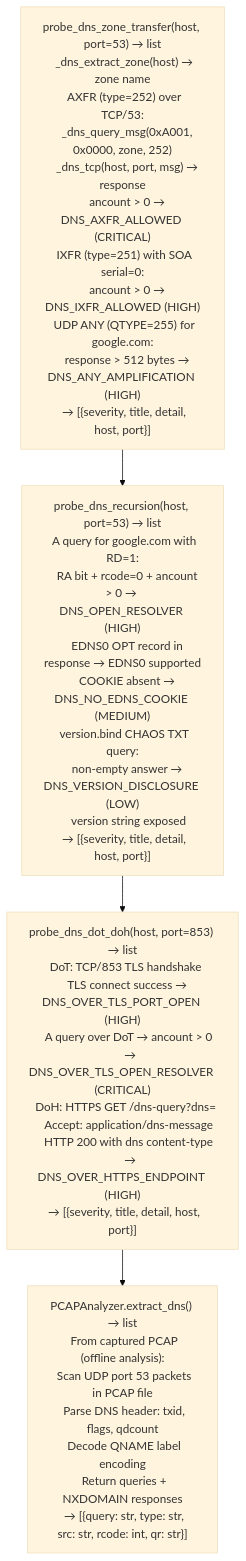
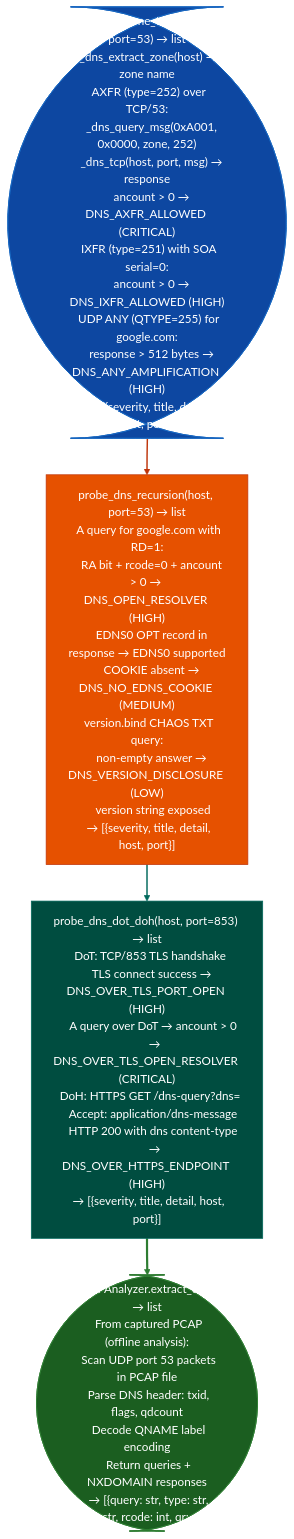
Before and after one commit to Ablation-Tool/ablation: the diagram in docs/reference-modules/dns-service-posture.md, drawn with Mermaid (base theme). The commit also changed 320 other files, not shown here.

First line of the commit message:
docs: apply canonical Mermaid template to all 321 diagrams

````diff
--- a/docs/reference-modules/dns-service-posture.md
+++ b/docs/reference-modules/dns-service-posture.md
@@ -19,6 +19,15 @@
 ```mermaid
 flowchart TD
-    A["probe_dns_zone_transfer(host, port=53) → list\n  _dns_extract_zone(host) → zone name\n  AXFR (type=252) over TCP/53:\n    _dns_query_msg(0xA001, 0x0000, zone, 252)\n    _dns_tcp(host, port, msg) → response\n    ancount > 0 → DNS_AXFR_ALLOWED (CRITICAL)\n  IXFR (type=251) with SOA serial=0:\n    ancount > 0 → DNS_IXFR_ALLOWED (HIGH)\n  UDP ANY (QTYPE=255) for google.com:\n    response > 512 bytes → DNS_ANY_AMPLIFICATION (HIGH)\n  → [{severity, title, detail, host, port}]"] --> B["probe_dns_recursion(host, port=53) → list\n  A query for google.com with RD=1:\n    RA bit + rcode=0 + ancount > 0 → DNS_OPEN_RESOLVER (HIGH)\n    EDNS0 OPT record in response → EDNS0 supported\n    COOKIE absent → DNS_NO_EDNS_COOKIE (MEDIUM)\n  version.bind CHAOS TXT query:\n    non-empty answer → DNS_VERSION_DISCLOSURE (LOW)\n    version string exposed\n  → [{severity, title, detail, host, port}]"]
-    B --> C["probe_dns_dot_doh(host, port=853) → list\n  DoT: TCP/853 TLS handshake\n    TLS connect success → DNS_OVER_TLS_PORT_OPEN (HIGH)\n    A query over DoT → ancount > 0\n      → DNS_OVER_TLS_OPEN_RESOLVER (CRITICAL)\n  DoH: HTTPS GET /dns-query?dns=<b64url-encoded-wire-query>\n    Accept: application/dns-message\n    HTTP 200 with dns content-type\n      → DNS_OVER_HTTPS_ENDPOINT (HIGH)\n  → [{severity, title, detail, host, port}]"]
-    C --> D["PCAPAnalyzer.extract_dns() → list\n  From captured PCAP (offline analysis):\n  Scan UDP port 53 packets in PCAP file\n  Parse DNS header: txid, flags, qdcount\n  Decode QNAME label encoding\n  Return queries + NXDOMAIN responses\n  → [{query: str, type: str, src: str, rcode: int, qr: str}]"]
+    A(["probe_dns_zone_transfer(host, port=53) → list\n  _dns_extract_zone(host) → zone name\n  AXFR (type=252) over TCP/53:\n    _dns_query_msg(0xA001, 0x0000, zone, 252)\n    _dns_tcp(host, port, msg) → response\n    ancount > 0 → DNS_AXFR_ALLOWED (CRITICAL)\n  IXFR (type=251) with SOA serial=0:\n    ancount > 0 → DNS_IXFR_ALLOWED (HIGH)\n  UDP ANY (QTYPE=255) for google.com:\n    response > 512 bytes → DNS_ANY_AMPLIFICATION (HIGH)\n  → [{severity, title, detail, host, port}]"]):::input --> B["probe_dns_recursion(host, port=53) → list\n  A query for google.com with RD=1:\n    RA bit + rcode=0 + ancount > 0 → DNS_OPEN_RESOLVER (HIGH)\n    EDNS0 OPT record in response → EDNS0 supported\n    COOKIE absent → DNS_NO_EDNS_COOKIE (MEDIUM)\n  version.bind CHAOS TXT query:\n    non-empty answer → DNS_VERSION_DISCLOSURE (LOW)\n    version string exposed\n  → [{severity, title, detail, host, port}]"]:::primary
+    B:::primary --> C["probe_dns_dot_doh(host, port=853) → list\n  DoT: TCP/853 TLS handshake\n    TLS connect success → DNS_OVER_TLS_PORT_OPEN (HIGH)\n    A query over DoT → ancount > 0\n      → DNS_OVER_TLS_OPEN_RESOLVER (CRITICAL)\n  DoH: HTTPS GET /dns-query?dns=<b64url-encoded-wire-query>\n    Accept: application/dns-message\n    HTTP 200 with dns content-type\n      → DNS_OVER_HTTPS_ENDPOINT (HIGH)\n  → [{severity, title, detail, host, port}]"]:::secondary
+    C:::secondary --> D(["PCAPAnalyzer.extract_dns() → list\n  From captured PCAP (offline analysis):\n  Scan UDP port 53 packets in PCAP file\n  Parse DNS header: txid, flags, qdcount\n  Decode QNAME label encoding\n  Return queries + NXDOMAIN responses\n  → [{query: str, type: str, src: str, rcode: int, qr: str}]"]):::output
+    classDef input     fill:#0d47a1,stroke:#1565c0,color:#fff
+    classDef primary   fill:#e65100,stroke:#bf360c,color:#fff
+    classDef secondary fill:#004d40,stroke:#00695c,color:#fff
+    classDef tertiary  fill:#4a148c,stroke:#6a1b9a,color:#fff
+    classDef neutral   fill:#37474f,stroke:#546e7a,color:#fff
+    classDef output    fill:#1b5e20,stroke:#2e7d32,color:#fff
+    linkStyle 0 stroke:#bf360c,stroke-width:2px
+    linkStyle 1 stroke:#00695c,stroke-width:2px
+    linkStyle 2 stroke:#2e7d32,stroke-width:3px
 ```
````
